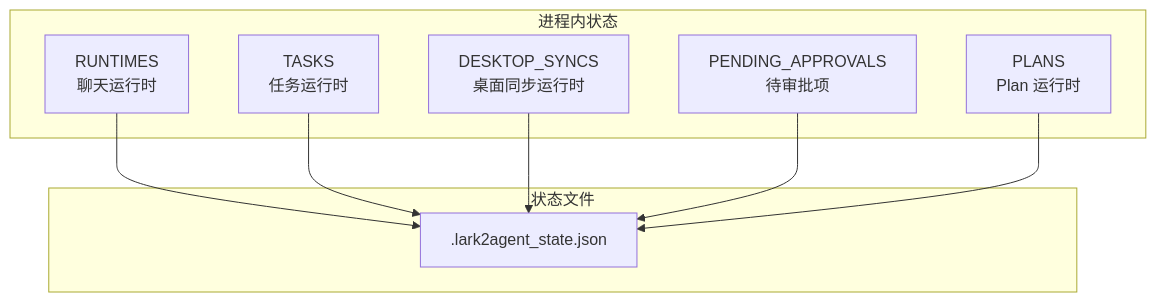
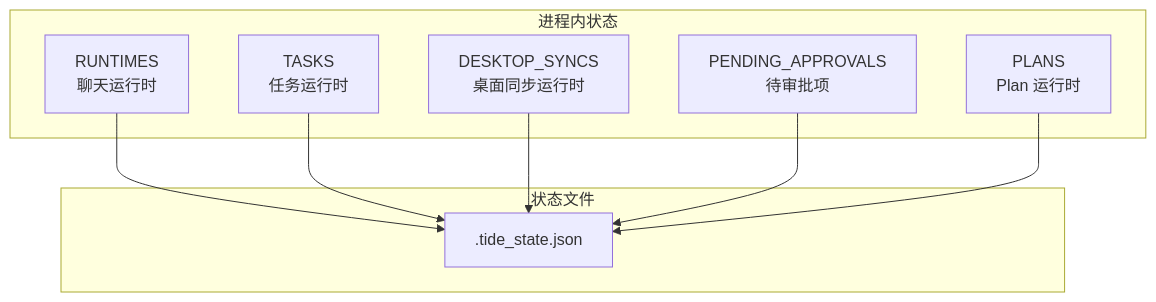
The first of 5 diagrams in .qoder/repowiki/zh/content/高级特性/状态同步/状态持久化.md (winditer/tide), drawn with Mermaid before and after one commit. The commit also changed other lines of this file and 260 other files, not shown here.

````diff
--- a/.qoder/repowiki/zh/content/高级特性/状态同步/状态持久化.md
+++ b/.qoder/repowiki/zh/content/高级特性/状态同步/状态持久化.md
@@ -32,18 +32,18 @@
 ```mermaid
 graph TB
 subgraph "进程内状态"
 RUNTIMES["RUNTIMES<br/>聊天运行时"]
 TASKS["TASKS<br/>任务运行时"]
 DESKTOP_SYNCS["DESKTOP_SYNCS<br/>桌面同步运行时"]
 PENDING_APPROVALS["PENDING_APPROVALS<br/>待审批项"]
 PLANS["PLANS<br/>Plan 运行时"]
 end
 subgraph "状态文件"
-STATE_FILE[".lark2agent_state.json"]
+STATE_FILE[".tide_state.json"]
 end
 RUNTIMES --> STATE_FILE
 TASKS --> STATE_FILE
 DESKTOP_SYNCS --> STATE_FILE
 PENDING_APPROVALS --> STATE_FILE
 PLANS --> STATE_FILE
 ```
````
